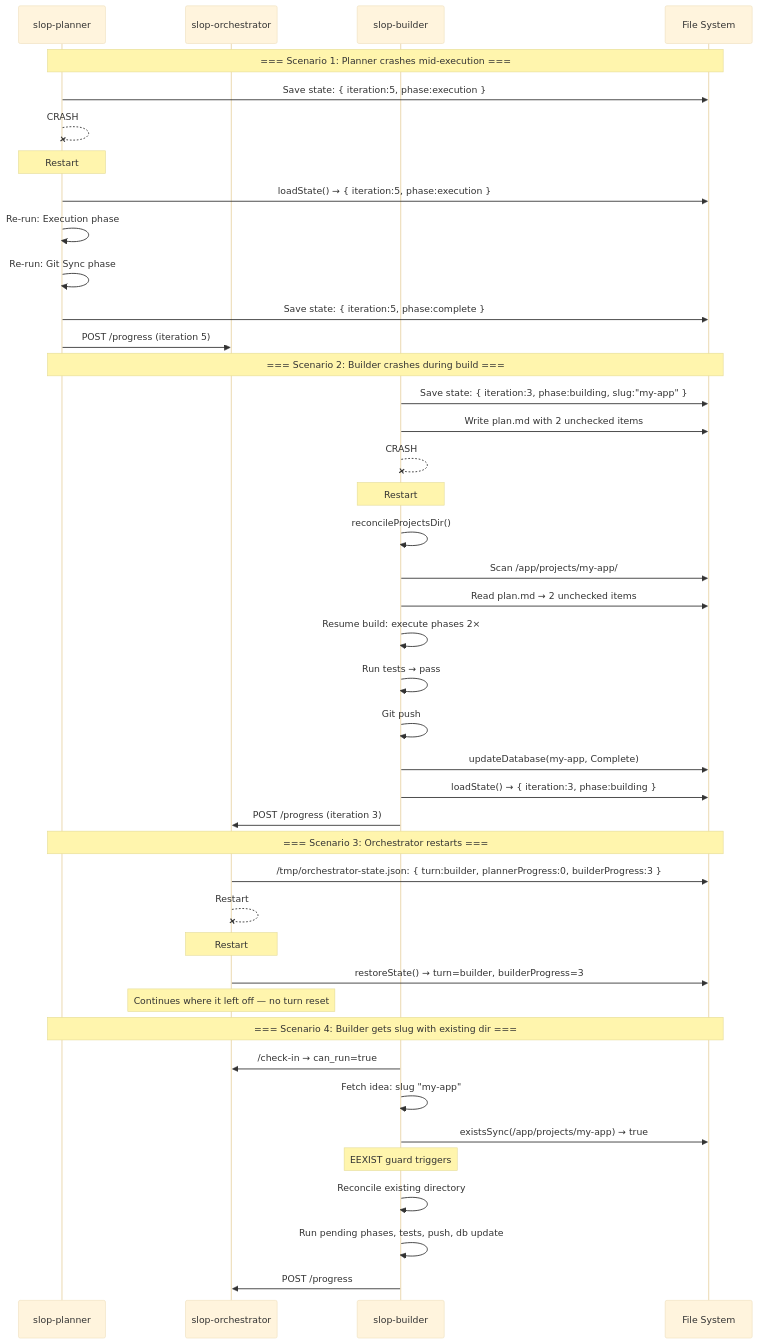
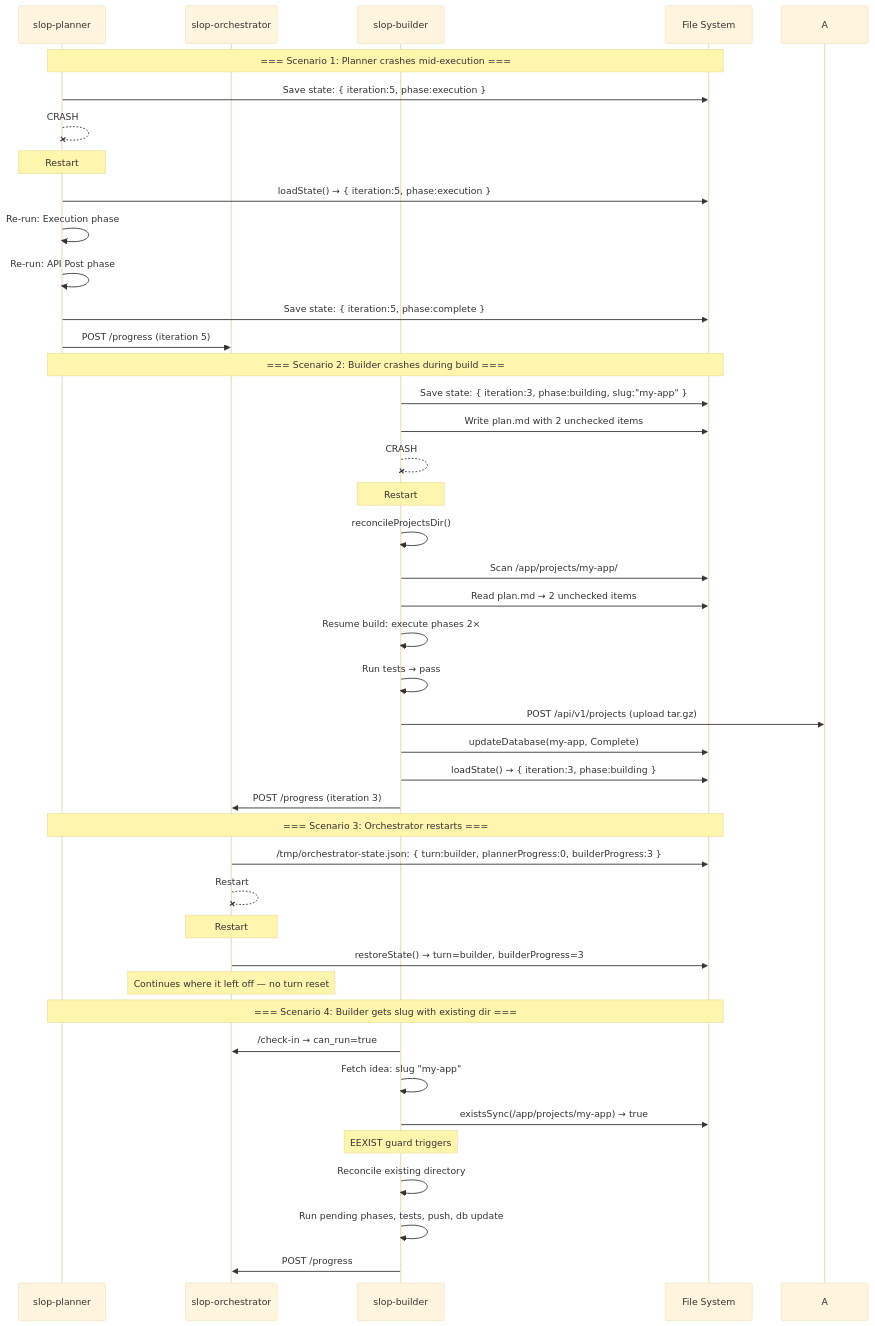
The fifth of 8 diagrams in docs/CONTAINER-INTERACTIONS.md (jtmb/slop-generator), drawn with Mermaid (base theme) before and after one commit. The commit also changed other lines of this file and 103 other files, not shown here.

First line of the commit message:
refactor: replace git sync with tar.gz upload mechanism

````diff
--- a/docs/CONTAINER-INTERACTIONS.md
+++ b/docs/CONTAINER-INTERACTIONS.md
@@ -213,48 +212,48 @@
 ```mermaid
 sequenceDiagram
     participant P as slop-planner
     participant O as slop-orchestrator
     participant B as slop-builder
     participant FS as File System
 
     Note over P,FS: === Scenario 1: Planner crashes mid-execution ===
     P->>FS: Save state: { iteration:5, phase:execution }
     P--xP: CRASH
     Note over P: Restart
     P->>FS: loadState() → { iteration:5, phase:execution }
     P->>P: Re-run: Execution phase
-    P->>P: Re-run: Git Sync phase
+    P->>P: Re-run: API Post phase
     P->>FS: Save state: { iteration:5, phase:complete }
     P->>O: POST /progress (iteration 5)
 
     Note over P,FS: === Scenario 2: Builder crashes during build ===
     B->>FS: Save state: { iteration:3, phase:building, slug:"my-app" }
     B->>FS: Write plan.md with 2 unchecked items
     B--xB: CRASH
     Note over B: Restart
     B->>B: reconcileProjectsDir()
     B->>FS: Scan /app/projects/my-app/
     B->>FS: Read plan.md → 2 unchecked items
     B->>B: Resume build: execute phases 2×
     B->>B: Run tests → pass
-    B->>B: Git push
+    B->>A: POST /api/v1/projects (upload tar.gz)
     B->>FS: updateDatabase(my-app, Complete)
     B->>FS: loadState() → { iteration:3, phase:building }
     B->>O: POST /progress (iteration 3)
 
     Note over P,FS: === Scenario 3: Orchestrator restarts ===
     O->>FS: /tmp/orchestrator-state.json: { turn:builder, plannerProgress:0, builderProgress:3 }
     O--xO: Restart
     Note over O: Restart
     O->>FS: restoreState() → turn=builder, builderProgress=3
     Note over O: Continues where it left off — no turn reset
 
     Note over P,FS: === Scenario 4: Builder gets slug with existing dir ===
     B->>O: /check-in → can_run=true
     B->>B: Fetch idea: slug "my-app"
     B->>FS: existsSync(/app/projects/my-app) → true
     Note over B: EEXIST guard triggers
     B->>B: Reconcile existing directory
     B->>B: Run pending phases, tests, push, db update
     B->>O: POST /progress
 ```
````
